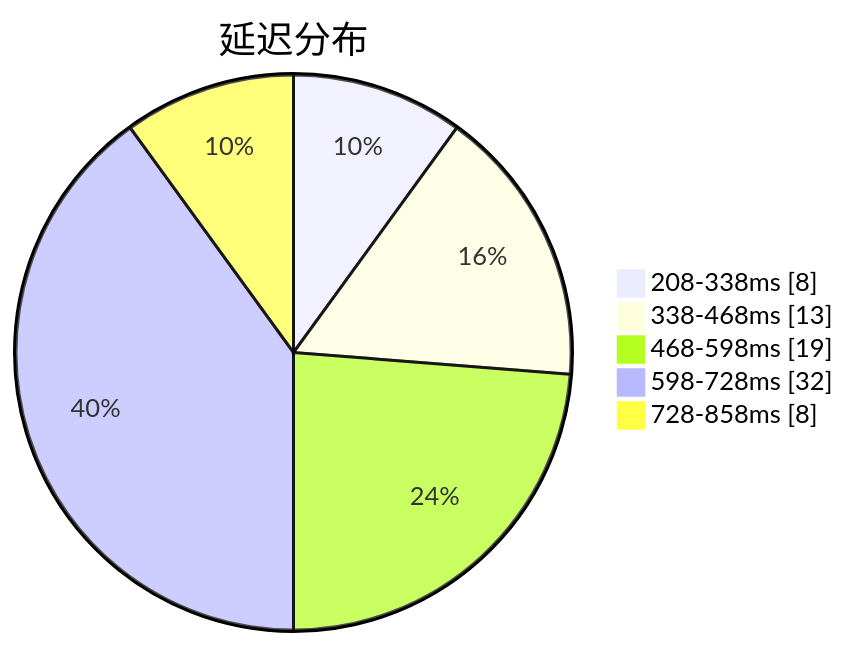
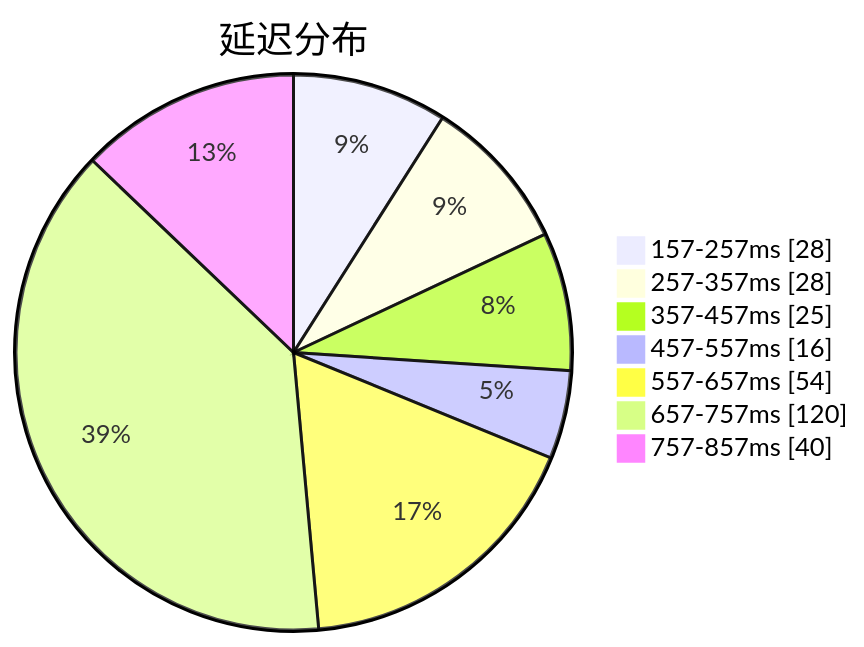
Before and after one commit to qjlxg/airport: the first of 3 diagrams in subs/statistics/tested_within.md, drawn with Mermaid. The commit also changed other lines of this file and 2 other files, not shown here.

````diff
--- a/subs/statistics/tested_within.md
+++ b/subs/statistics/tested_within.md
@@ -2,9 +2,11 @@
 ```mermaid
 pie showData
 title 延迟分布
-"208-338ms" : 8
-"338-468ms" : 13
-"468-598ms" : 19
-"598-728ms" : 32
-"728-858ms" : 8
+"157-257ms" : 28
+"257-357ms" : 28
+"357-457ms" : 25
+"457-557ms" : 16
+"557-657ms" : 54
+"657-757ms" : 120
+"757-857ms" : 40
 ```
````
